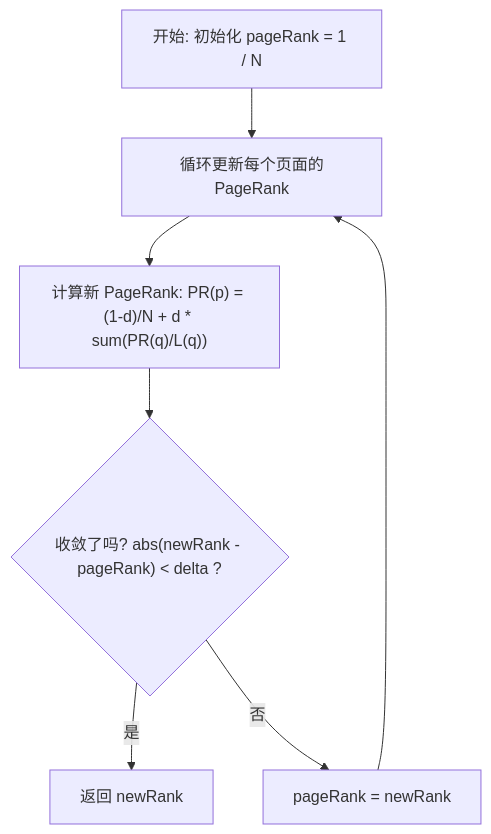
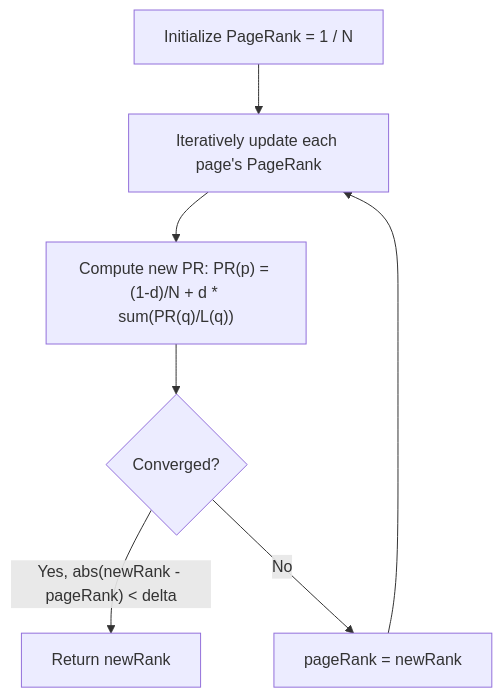
The second of 2 diagrams in CS50_AI_with_python_note/Chapter2_uncertainty/projects/PageRank.md (Shichun210/my-notes), drawn with Mermaid before and after one commit. The commit also changed 5 other files, not shown here.

````diff
--- a/CS50_AI_with_python_note/Chapter2_uncertainty/projects/PageRank.md
+++ b/CS50_AI_with_python_note/Chapter2_uncertainty/projects/PageRank.md
@@ -106,9 +106,9 @@
 ```mermaid
 flowchart TD
-    A[开始: 初始化 pageRank = 1 / N] --> B[循环更新每个页面的PageRank]
-    B --> C["计算新 PageRank: PR(p) = (1-d)/N + d * sum(PR(q)/L(q))"]
-    C --> D{"收敛了吗? abs(newRank - pageRank) < delta ?"}
-    D -- 是 --> E[返回 newRank]
-    D -- 否 --> F[pageRank = newRank]
+    A["Initialize PageRank = 1 / N"] --> B["Iteratively update each page's PageRank"]
+    B --> C["Compute new PR: PR(p) = (1-d)/N + d * sum(PR(q)/L(q))"]
+    C --> D{"Converged?"}
+    D -- "Yes, abs(newRank - pageRank) < delta" --> E["Return newRank"]
+    D -- "No" --> F["pageRank = newRank"]
     F --> B
 ```
````
